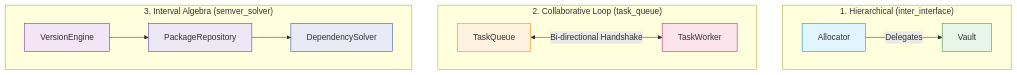
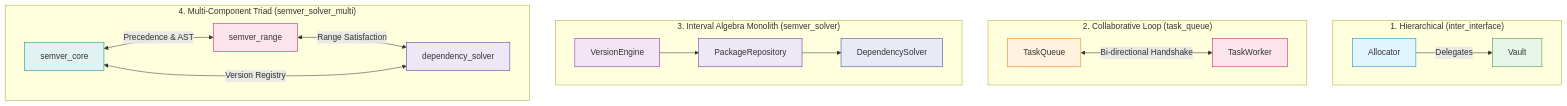
One commit to mcdirmid/cleanroom changed the second of 2 diagrams in docs/cross_test.md. Above: the diagram before and after it, drawn with Mermaid. The commit also changed other lines of this file and 194 other files, not shown here.

````diff
--- a/docs/cross_test.md
+++ b/docs/cross_test.md
@@ -427,22 +577,31 @@
 ```mermaid
 flowchart TD
     subgraph "1. Hierarchical (inter_interface)"
         A1["Allocator"] -->|"Delegates"| V1["Vault"]
         style A1 fill:#e1f5fe,stroke:#0288d1
         style V1 fill:#e8f5e9,stroke:#388e3c
     end
 
     subgraph "2. Collaborative Loop (task_queue)"
         Q2["TaskQueue"] <-->|"Bi-directional Handshake"| W2["TaskWorker"]
         style Q2 fill:#fff3e0,stroke:#f57c00
         style W2 fill:#fce4ec,stroke:#c2185b
     end
 
-    subgraph "3. Interval Algebra (semver_solver)"
+    subgraph "3. Interval Algebra Monolith (semver_solver)"
         E3["VersionEngine"] --> R3["PackageRepository"]
         R3 --> S3["DependencySolver"]
         style E3 fill:#f3e5f5,stroke:#7b1fa2
         style R3 fill:#ede7f6,stroke:#512da8
         style S3 fill:#e8eaf6,stroke:#303f9f
     end
+
+    subgraph "4. Multi-Component Triad (semver_solver_multi)"
+        C4["semver_core"] <-->|"Precedence & AST"| R4["semver_range"]
+        R4 <-->|"Range Satisfaction"| S4["dependency_solver"]
+        C4 <-->|"Version Registry"| S4
+        style C4 fill:#e0f2f1,stroke:#00897b
+        style R4 fill:#fce4ec,stroke:#c2185b
+        style S4 fill:#ede7f6,stroke:#512da8
+    end
 ```
````
